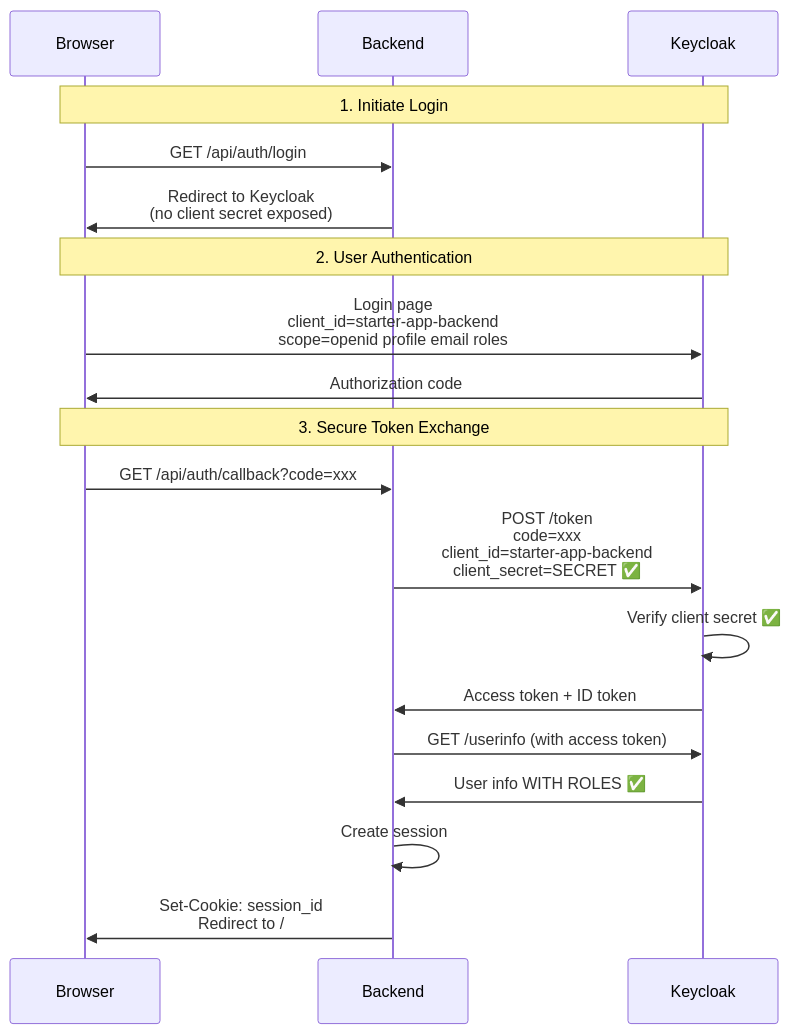
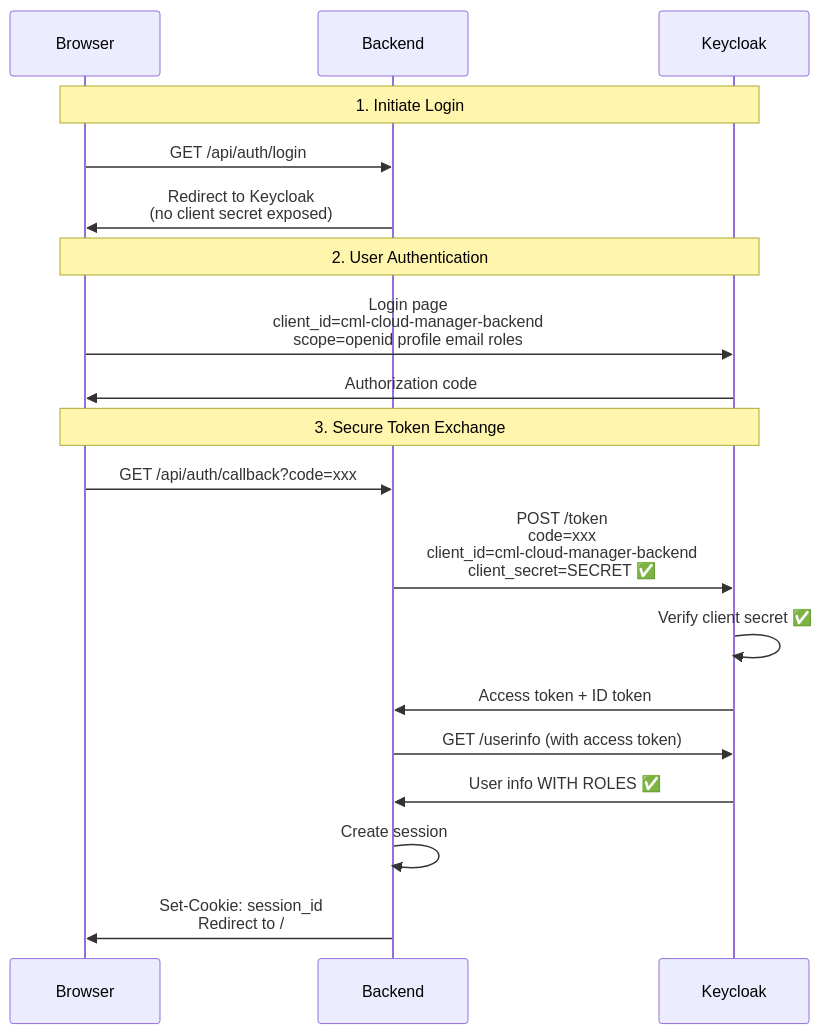
The diagram in notes/OAUTH2_CLIENT_CONFIGURATION.md (bvandewe/CML-Cloud-Manager), drawn with Mermaid before and after one commit. The commit also changed other lines of this file and 80 other files, not shown here.

````diff
--- a/notes/OAUTH2_CLIENT_CONFIGURATION.md
+++ b/notes/OAUTH2_CLIENT_CONFIGURATION.md
@@ -70,24 +70,24 @@
 ```mermaid
 sequenceDiagram
     participant Browser
     participant Backend
     participant Keycloak
 
     Note over Browser,Keycloak: 1. Initiate Login
     Browser->>Backend: GET /api/auth/login
     Backend->>Browser: Redirect to Keycloak<br/>(no client secret exposed)
 
     Note over Browser,Keycloak: 2. User Authentication
-    Browser->>Keycloak: Login page<br/>client_id=starter-app-backend<br/>scope=openid profile email roles
+    Browser->>Keycloak: Login page<br/>client_id=cml-cloud-manager-backend<br/>scope=openid profile email roles
     Keycloak->>Browser: Authorization code
 
     Note over Browser,Keycloak: 3. Secure Token Exchange
     Browser->>Backend: GET /api/auth/callback?code=xxx
-    Backend->>Keycloak: POST /token<br/>code=xxx<br/>client_id=starter-app-backend<br/>client_secret=SECRET ✅
+    Backend->>Keycloak: POST /token<br/>code=xxx<br/>client_id=cml-cloud-manager-backend<br/>client_secret=SECRET ✅
     Keycloak->>Keycloak: Verify client secret ✅
     Keycloak->>Backend: Access token + ID token
     Backend->>Keycloak: GET /userinfo (with access token)
     Keycloak->>Backend: User info WITH ROLES ✅
     Backend->>Backend: Create session
     Backend->>Browser: Set-Cookie: session_id<br/>Redirect to /
 ```
````
